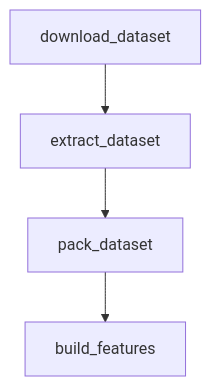
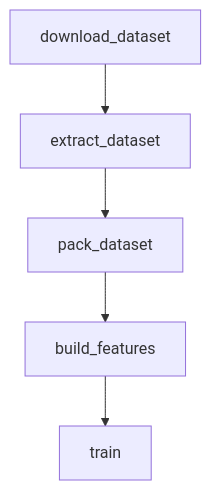
The first of 2 diagrams in PIPELINE.md (u-masao/two-tower-model-tutorial), drawn with Mermaid before and after one commit. The commit also changed other lines of this file, not shown here.

Commit message:
update dvc pipeline

````diff
--- a/PIPELINE.md
+++ b/PIPELINE.md
@@ -7,10 +7,12 @@
 ```mermaid
 flowchart TD
 	node1["build_features"]
 	node2["download_dataset"]
 	node3["extract_dataset"]
 	node4["pack_dataset"]
+	node5["train"]
+	node1-->node5
 	node2-->node3
 	node3-->node4
 	node4-->node1
 ```
````
